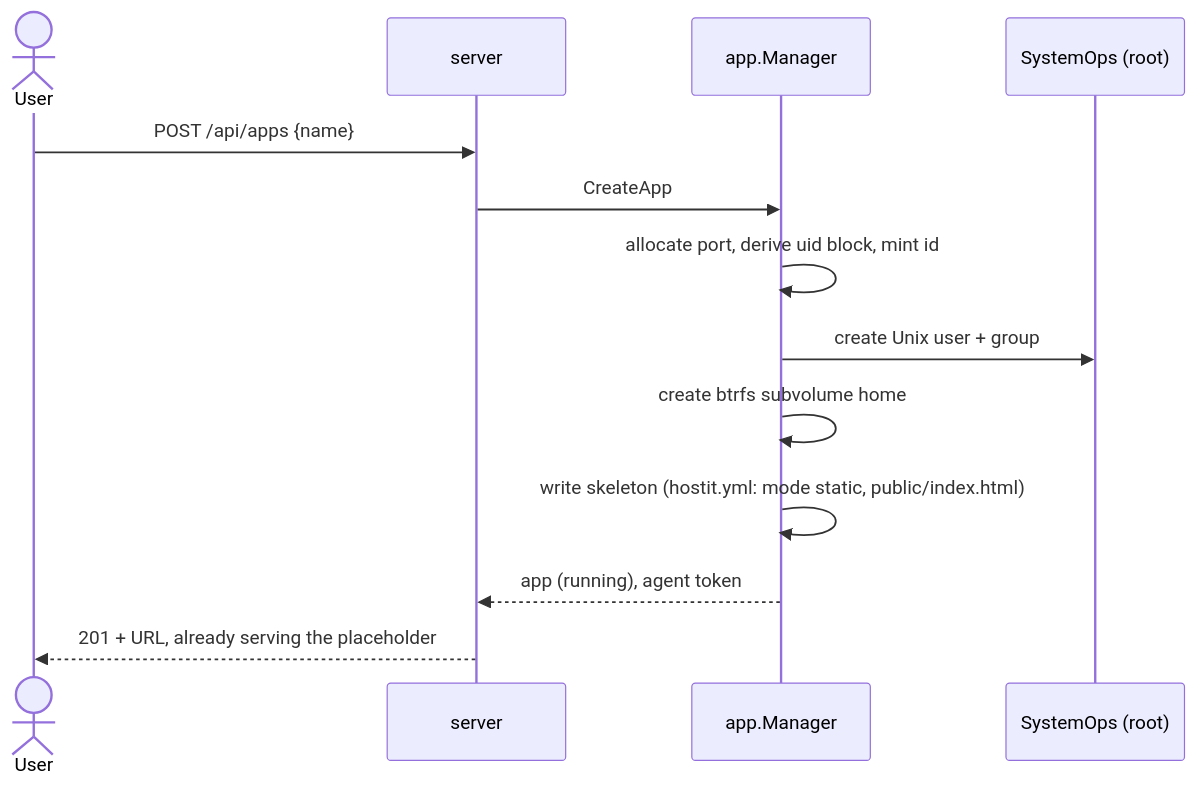
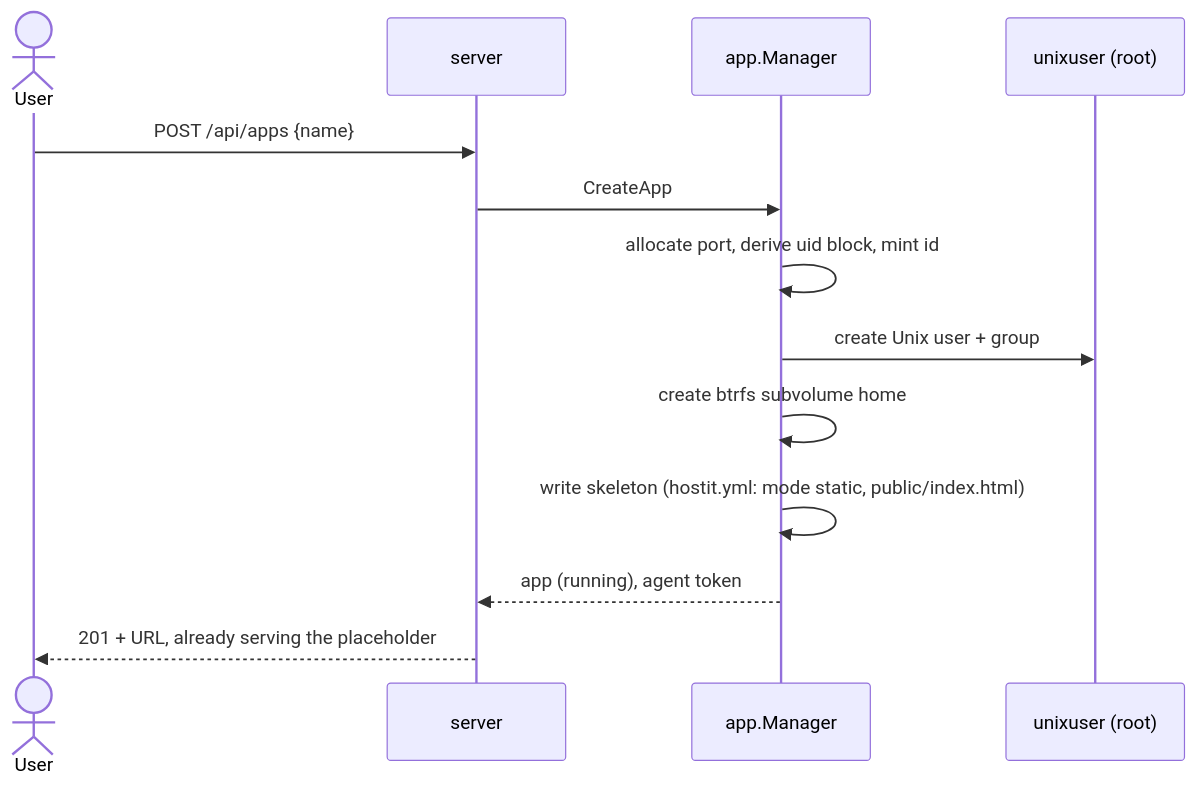
One commit to binwiederhier/hostit changed the fifth of 9 diagrams in docs/slides/presentations/tech-overview.md. Above: the diagram before and after it, drawn with Mermaid. The commit also changed other lines of this file and 1 other file, not shown here.

First line of the commit message:
docs(slides): fancier decks; add the SQLite schema; drop stale SystemOps

````diff
--- a/docs/slides/presentations/tech-overview.md
+++ b/docs/slides/presentations/tech-overview.md
@@ -207,15 +266,15 @@
 ```mermaid {scale: 0.6}
 sequenceDiagram
     actor User
     participant S as server
     participant M as app.Manager
-    participant Sys as SystemOps (root)
+    participant Sys as unixuser (root)
     User->>S: POST /api/apps {name}
     S->>M: CreateApp
     M->>M: allocate port, derive uid block, mint id
     M->>Sys: create Unix user + group
     M->>M: create btrfs subvolume home
     M->>M: write skeleton (hostit.yml: mode static, public/index.html)
     M-->>S: app (running), agent token
     S-->>User: 201 + URL, already serving the placeholder
 ```
````
